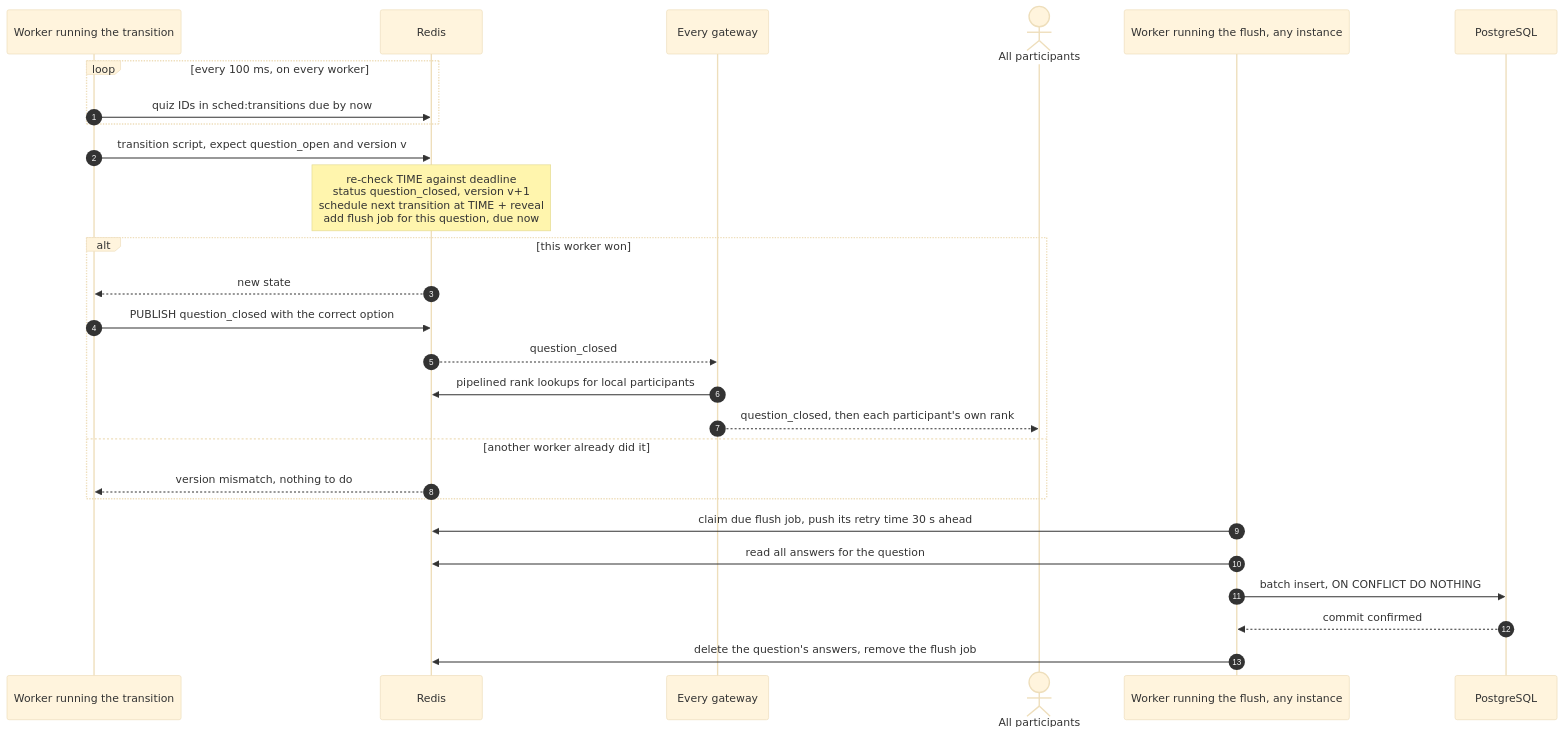
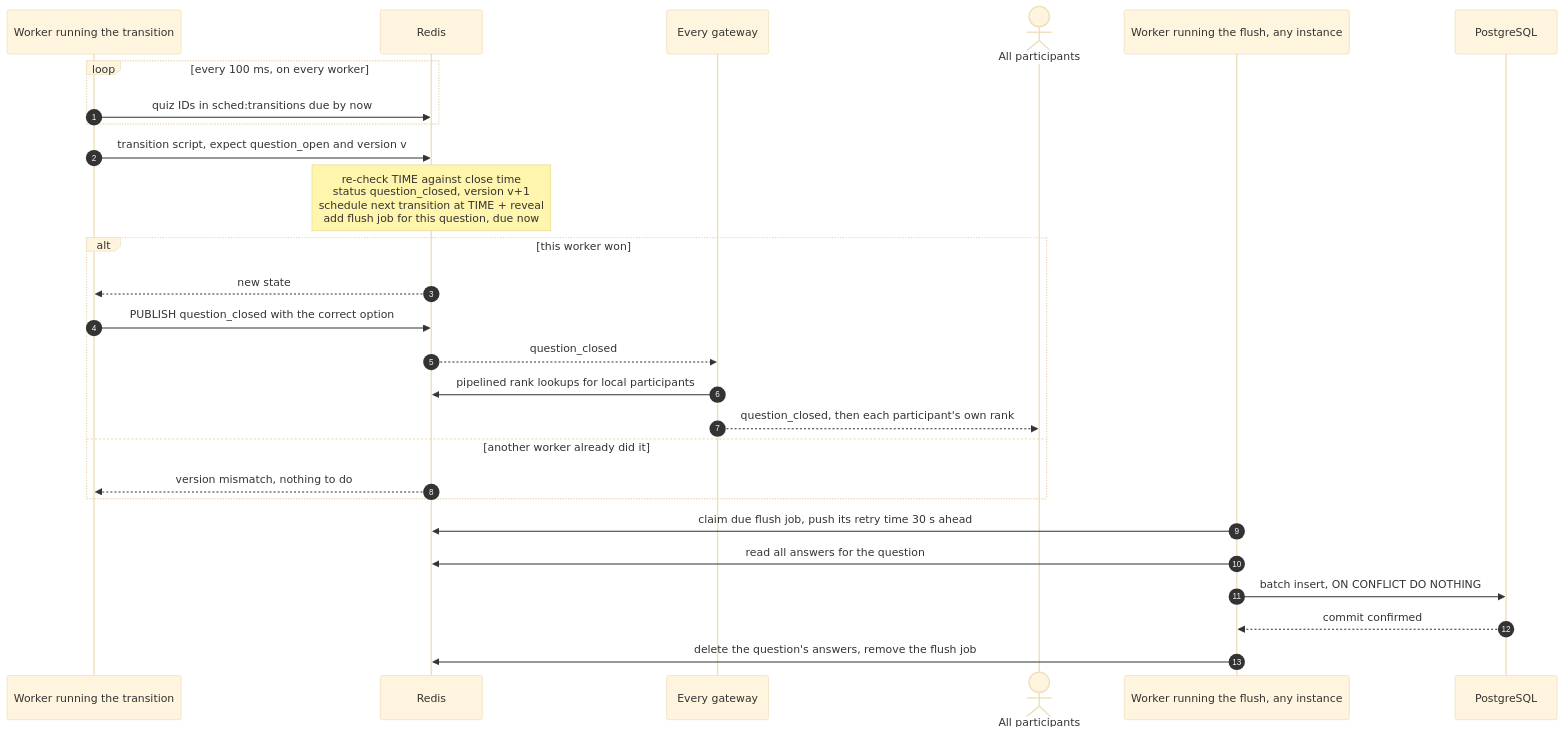
The sixth of 8 diagrams in docs/system-design/data-flow.md (rizqyep/elsa-coding-challenge), drawn with Mermaid (base theme) before and after one commit. The commit also changed other lines of this file and 8 other files, not shown here.

````diff
--- a/docs/system-design/data-flow.md
+++ b/docs/system-design/data-flow.md
@@ -164,31 +164,31 @@
 ```mermaid
 sequenceDiagram
     autonumber
     participant Sx as Worker running the transition
     participant R as Redis
     participant ALL as Every gateway
     actor PS as All participants
     participant Sy as Worker running the flush, any instance
     participant DB as PostgreSQL
 
     loop every 100 ms, on every worker
         Sx->>R: quiz IDs in sched:transitions due by now
     end
     Sx->>R: transition script, expect question_open and version v
-    Note over R: re-check TIME against deadline<br/>status question_closed, version v+1<br/>schedule next transition at TIME + reveal<br/>add flush job for this question, due now
+    Note over R: re-check TIME against close time<br/>status question_closed, version v+1<br/>schedule next transition at TIME + reveal<br/>add flush job for this question, due now
     alt this worker won
         R-->>Sx: new state
         Sx->>R: PUBLISH question_closed with the correct option
         R-->>ALL: question_closed
         ALL->>R: pipelined rank lookups for local participants
         ALL-->>PS: question_closed, then each participant's own rank
     else another worker already did it
         R-->>Sx: version mismatch, nothing to do
     end
 
     Sy->>R: claim due flush job, push its retry time 30 s ahead
     Sy->>R: read all answers for the question
     Sy->>DB: batch insert, ON CONFLICT DO NOTHING
     DB-->>Sy: commit confirmed
     Sy->>R: delete the question's answers, remove the flush job
 ```
````
